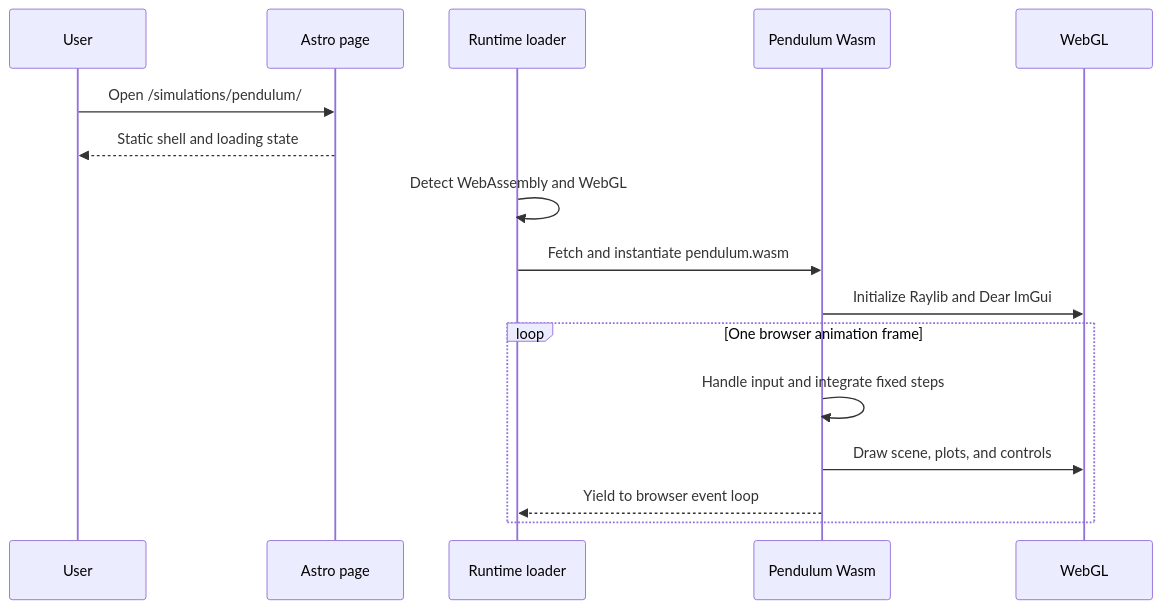
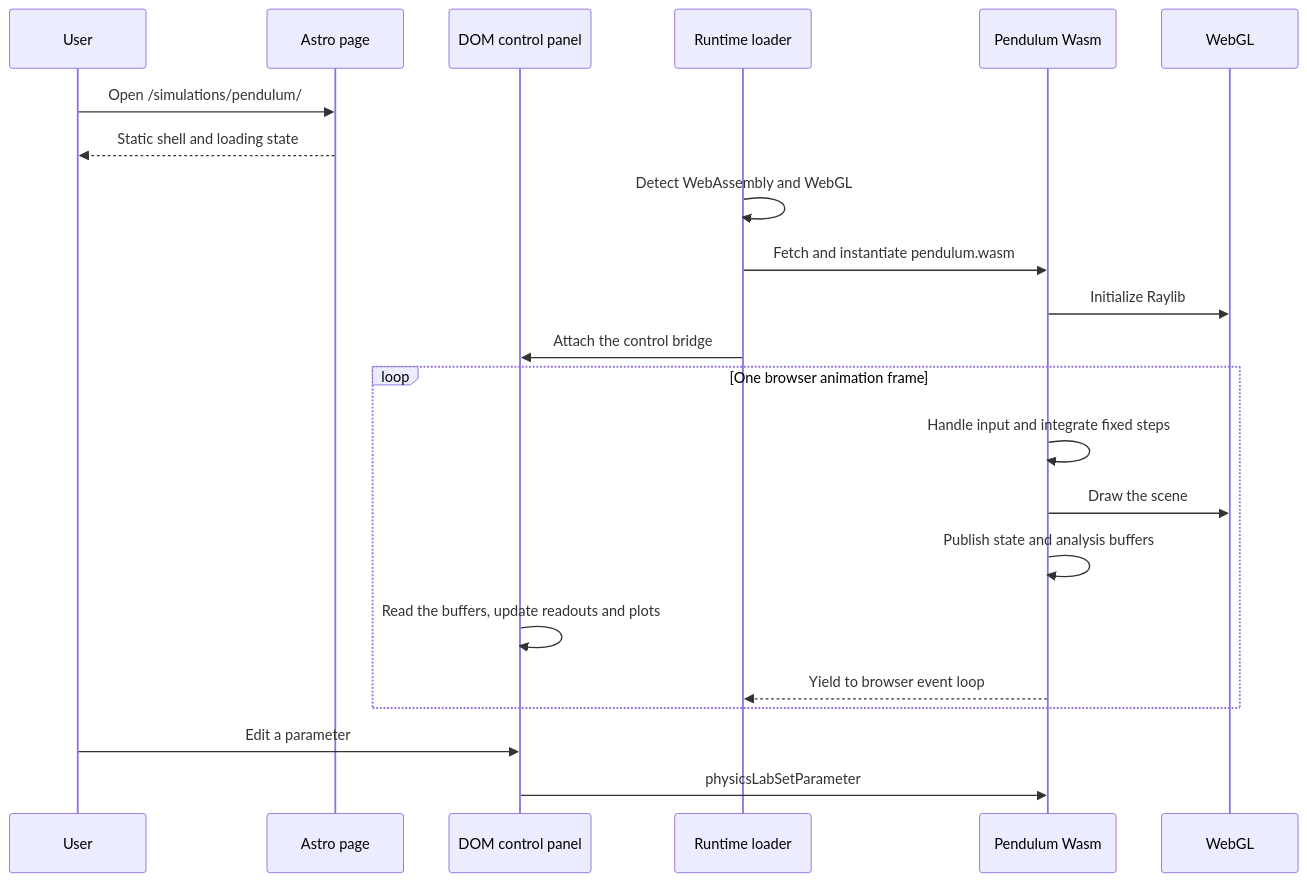
One commit to brunowinkeler/bwinkeler-physics changed the third of 3 diagrams in docs/ARCHITECTURE.md. Above: the diagram before and after it, drawn with Mermaid. The commit also changed other lines of this file and 4 other files, not shown here.

First line of the commit message:
Record the DOM control panel decision and refresh the baselines

````diff
--- a/docs/ARCHITECTURE.md
+++ b/docs/ARCHITECTURE.md
@@ -59,19 +59,25 @@
 ```mermaid
 sequenceDiagram
     participant User
     participant Page as Astro page
+    participant Panel as DOM control panel
     participant Loader as Runtime loader
     participant Wasm as Pendulum Wasm
     participant WebGL
 
     User->>Page: Open /simulations/pendulum/
     Page-->>User: Static shell and loading state
     Loader->>Loader: Detect WebAssembly and WebGL
     Loader->>Wasm: Fetch and instantiate pendulum.wasm
-    Wasm->>WebGL: Initialize Raylib and Dear ImGui
+    Wasm->>WebGL: Initialize Raylib
+    Loader->>Panel: Attach the control bridge
     loop One browser animation frame
         Wasm->>Wasm: Handle input and integrate fixed steps
-        Wasm->>WebGL: Draw scene, plots, and controls
+        Wasm->>WebGL: Draw the scene
+        Wasm->>Wasm: Publish state and analysis buffers
+        Panel->>Panel: Read the buffers, update readouts and plots
         Wasm-->>Loader: Yield to browser event loop
     end
+    User->>Panel: Edit a parameter
+    Panel->>Wasm: physicsLabSetParameter
 ```
````
